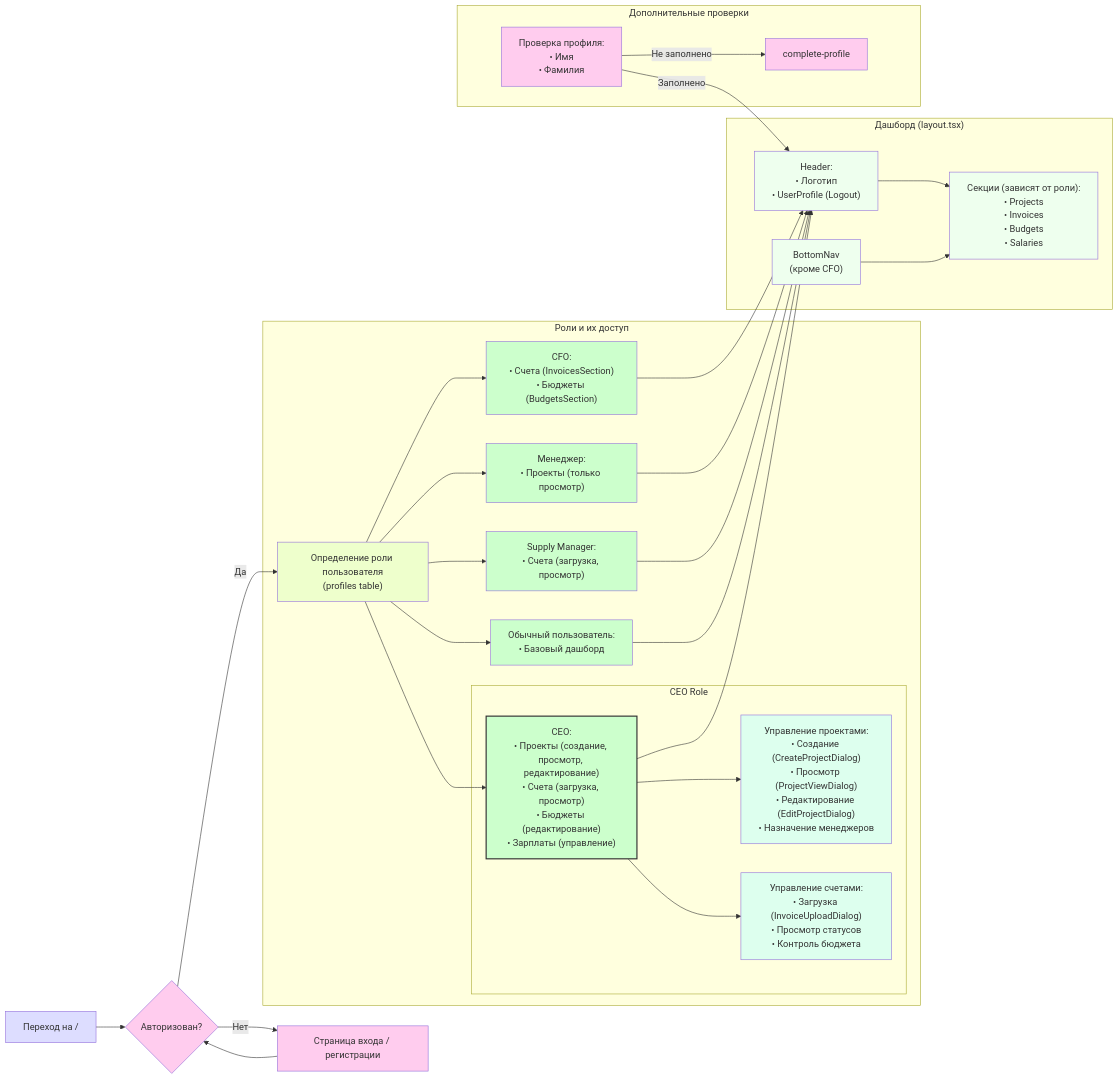
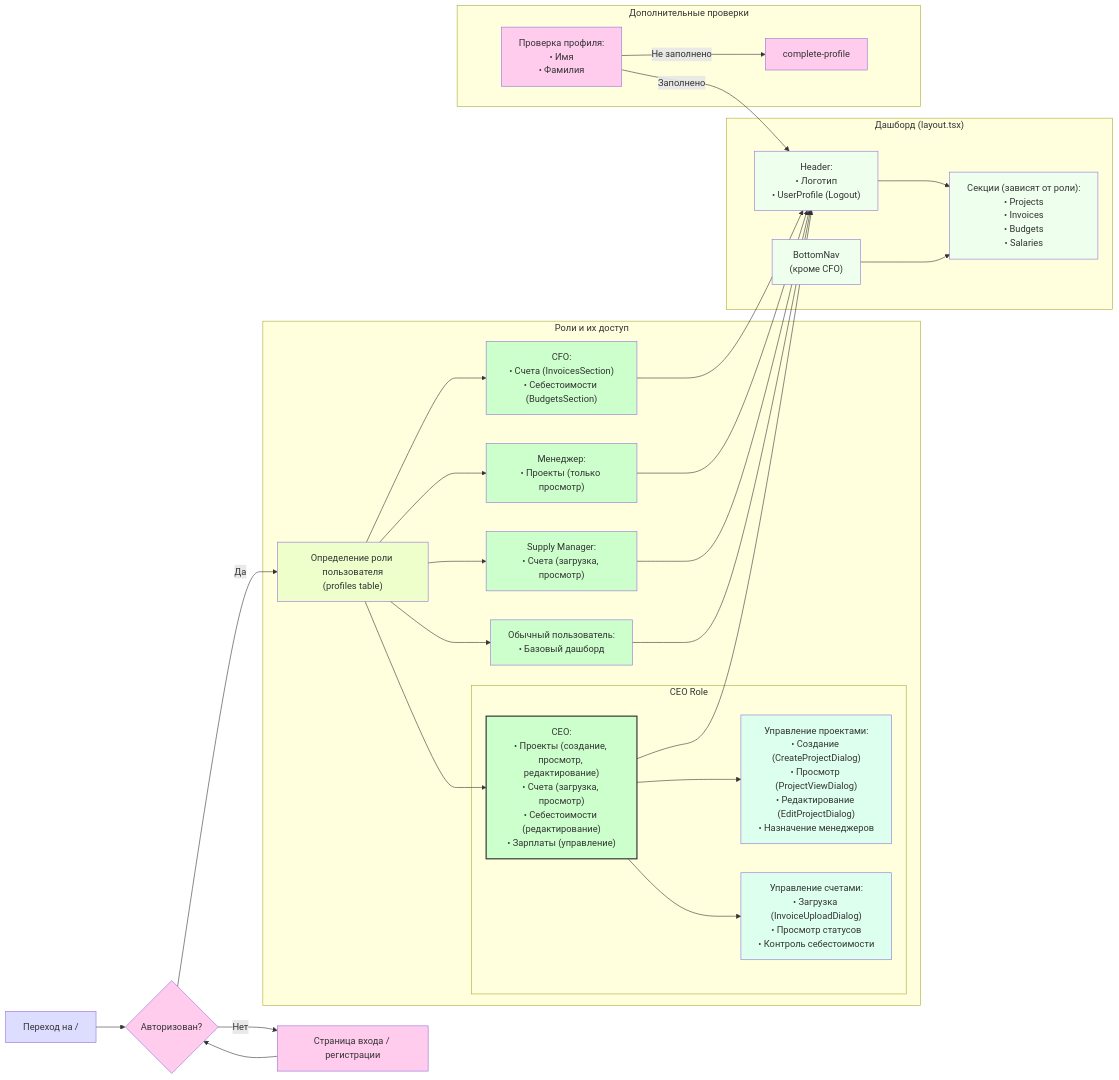
The diagram in project_structure.md (iwasborninbali/manager-eg), drawn with Mermaid before and after one commit. The commit also changed other lines of this file and 35 other files, not shown here.

````diff
--- a/project_structure.md
+++ b/project_structure.md
@@ -5,60 +5,60 @@
 ```mermaid
 flowchart LR
     A["Переход на /"] --> B{Авторизован?}
     B -- "Нет" --> C["Страница входа / регистрации"]
     C --> B
     B -- "Да" --> D["Определение роли пользователя\n(profiles table)"]
 
     subgraph "Роли и их доступ"
         subgraph "CEO Role"
-            CEO["CEO:\n• Проекты (создание, просмотр, редактирование)\n• Счета (загрузка, просмотр)\n• Бюджеты (редактирование)\n• Зарплаты (управление)"]
+            CEO["CEO:\n• Проекты (создание, просмотр, редактирование)\n• Счета (загрузка, просмотр)\n• Себестоимости (редактирование)\n• Зарплаты (управление)"]
             CEO --> PM["Управление проектами:\n• Создание (CreateProjectDialog)\n• Просмотр (ProjectViewDialog)\n• Редактирование (EditProjectDialog)\n• Назначение менеджеров"]
-            CEO --> IM["Управление счетами:\n• Загрузка (InvoiceUploadDialog)\n• Просмотр статусов\n• Контроль бюджета"]
+            CEO --> IM["Управление счетами:\n• Загрузка (InvoiceUploadDialog)\n• Просмотр статусов\n• Контроль себестоимости"]
         end
 
         D --> CEO
-        D --> CFO["CFO:\n• Счета (InvoicesSection)\n• Бюджеты (BudgetsSection)"]
+        D --> CFO["CFO:\n• Счета (InvoicesSection)\n• Себестоимости (BudgetsSection)"]
         D --> Manager["Менеджер:\n• Проекты (только просмотр)"]
         D --> Supply["Supply Manager:\n• Счета (загрузка, просмотр)"]
         D --> OtherUser["Обычный пользователь:\n• Базовый дашборд"]
     end
 
     subgraph "Дашборд (layout.tsx)"
         HEADER["Header:\n• Логотип\n• UserProfile (Logout)"]
         NAV["BottomNav\n(кроме CFO)"]
         
         SECTIONS["Секции (зависят от роли):\n• Projects\n• Invoices\n• Budgets\n• Salaries"]
         
         HEADER --> SECTIONS
         NAV --> SECTIONS
     end
 
     CEO --> HEADER
     CFO --> HEADER
     Manager --> HEADER
     Supply --> HEADER
     OtherUser --> HEADER
 
     subgraph "Дополнительные проверки"
         CP["Проверка профиля:\n• Имя\n• Фамилия"]
         CP -- "Не заполнено" --> EP["complete-profile"]
         CP -- "Заполнено" --> HEADER
     end
 
     style A fill:#DDF
     style B fill:#FCE
     style C fill:#FCE
     style D fill:#EFC
     style CEO fill:#CFC,stroke:#333,stroke-width:2px
     style CFO fill:#CFC
     style Manager fill:#CFC
     style Supply fill:#CFC
     style OtherUser fill:#CFC
     style HEADER fill:#EFE
     style NAV fill:#EFE
     style SECTIONS fill:#EFE
     style PM fill:#DFE
     style IM fill:#DFE
     style CP fill:#FCE
     style EP fill:#FCE
 ```
````
